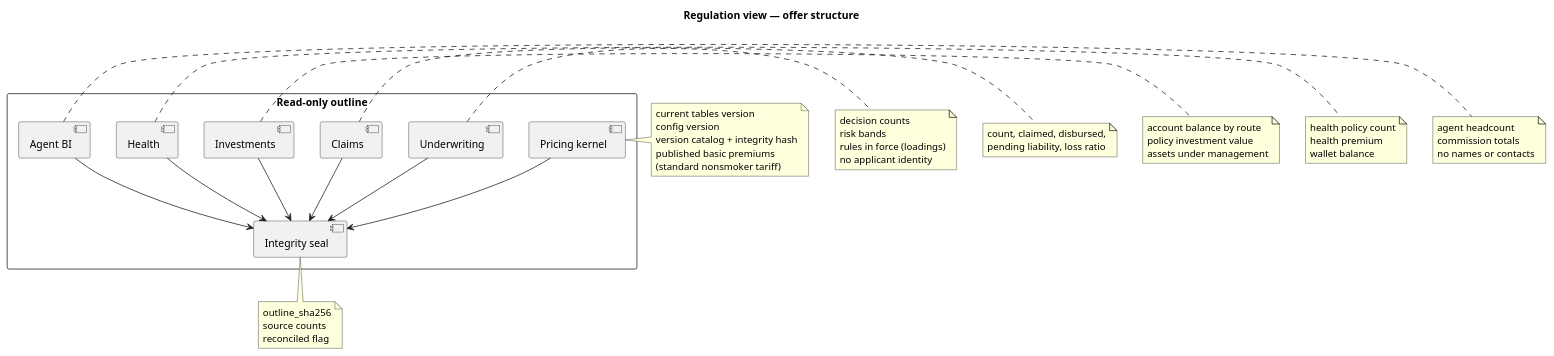
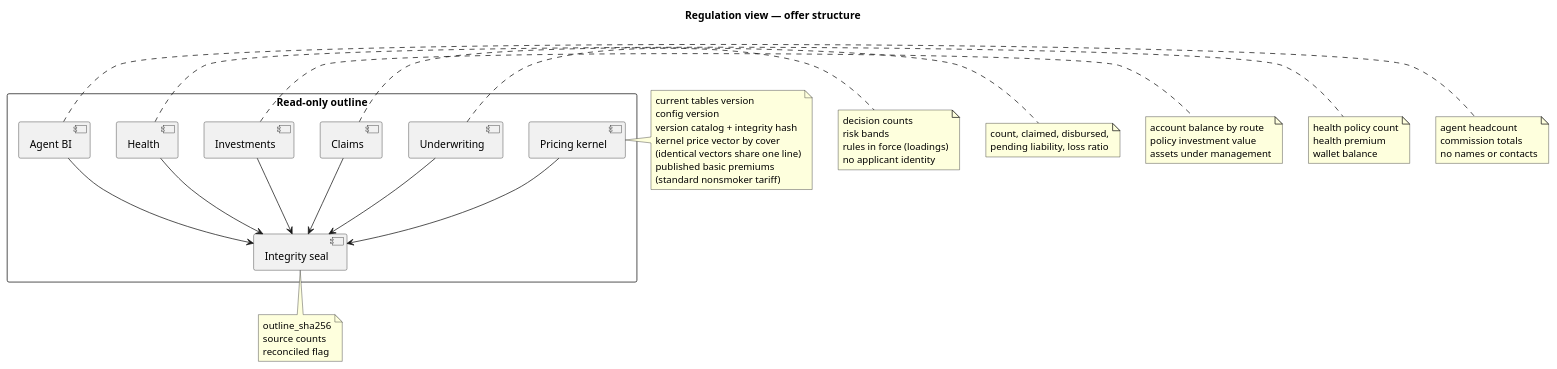
One commit to ashuryasaf/phins changed the second of 4 diagrams in docs/uml/regulator_view.puml. Above: the diagram before and after it, drawn with PlantUML. The commit also changed 4 other files, not shown here.

First line of the commit message:
Show kernel price vectors on the regulation version catalog.

```diff
--- a/docs/uml/regulator_view.puml
+++ b/docs/uml/regulator_view.puml
@@ -60,58 +60,60 @@
 @startuml regulator_view_offer
 title Regulation view — offer structure
 
 rectangle "Read-only outline" {
   component "Pricing kernel" as P
   component "Underwriting" as U
   component "Claims" as C
   component "Investments" as I
   component "Health" as H
   component "Agent BI" as A
   component "Integrity seal" as S
 }
 
 P --> S
 U --> S
 C --> S
 I --> S
 H --> S
 A --> S
 
 note right of P
   current tables version
   config version
   version catalog + integrity hash
+  kernel price vector by cover
+  (identical vectors share one line)
   published basic premiums
   (standard nonsmoker tariff)
 end note
 note right of U
   decision counts
   risk bands
   rules in force (loadings)
   no applicant identity
 end note
 note right of C
   count, claimed, disbursed,
   pending liability, loss ratio
 end note
 note right of I
   account balance by route
   policy investment value
   assets under management
 end note
 note right of H
   health policy count
   health premium
   wallet balance
 end note
 note right of A
   agent headcount
   commission totals
   no names or contacts
 end note
 note bottom of S
   outline_sha256
   source counts
   reconciled flag
 end note
 @enduml
```
